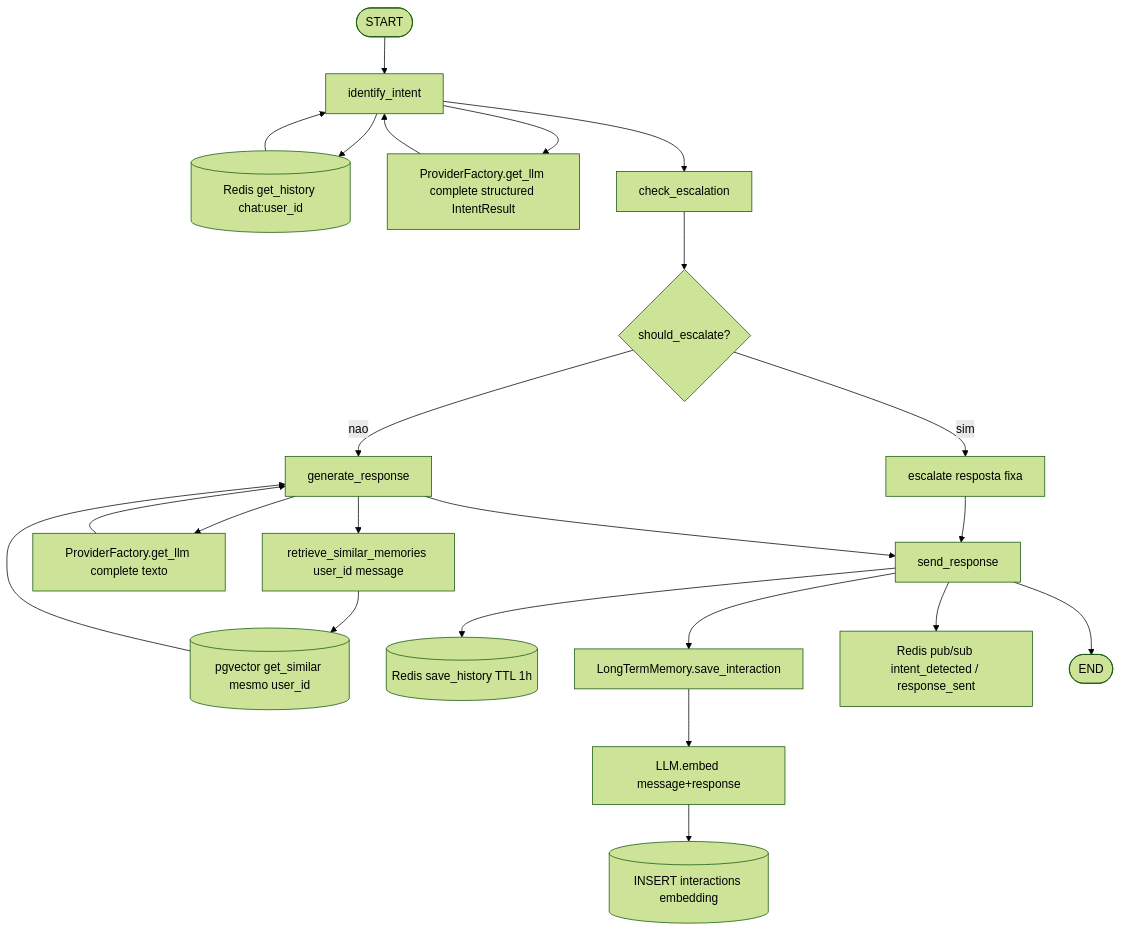
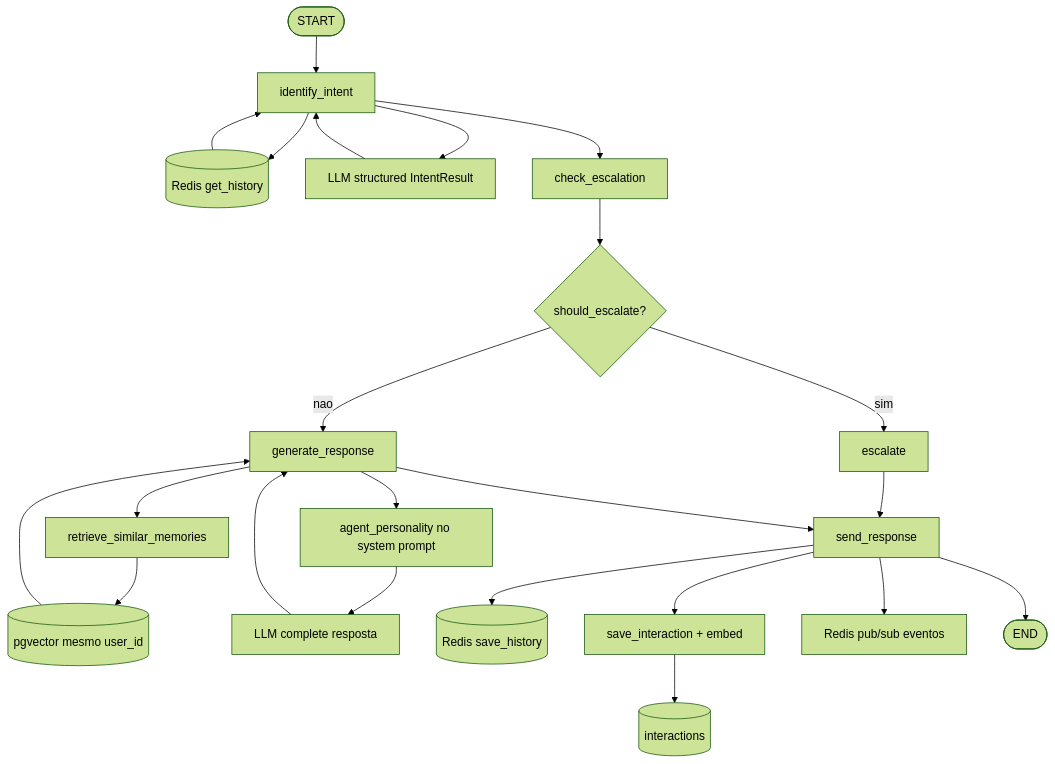
One commit to ersjunior/autonomous-agent changed the third of 5 diagrams in README.md. Above: the diagram before and after it, drawn with Mermaid (forest theme). The commit also changed other lines of this file and 52 other files, not shown here.

````diff
--- a/README.md
+++ b/README.md
@@ -154,32 +270,32 @@
 ```mermaid
 flowchart TD
   START([START]) --> RI[identify_intent]
 
-  RI --> REDIS_R[(Redis get_history chat:user_id)]
+  RI --> REDIS_R[(Redis get_history)]
   REDIS_R --> RI
-  RI --> LLM1[ProviderFactory.get_llm complete structured IntentResult]
+  RI --> LLM1[LLM structured IntentResult]
   LLM1 --> RI
 
   RI --> CE[check_escalation]
   CE --> DEC{should_escalate?}
 
-  DEC -->|sim| ESC[escalate resposta fixa]
+  DEC -->|sim| ESC[escalate]
   DEC -->|nao| GR[generate_response]
 
-  GR --> RAG[retrieve_similar_memories user_id message]
-  RAG --> PG_R[(pgvector get_similar mesmo user_id)]
+  GR --> RAG[retrieve_similar_memories]
+  RAG --> PG_R[(pgvector mesmo user_id)]
   PG_R --> GR
-  GR --> LLM2[ProviderFactory.get_llm complete texto]
+  GR --> PERS[agent_personality no system prompt]
+  PERS --> LLM2[LLM complete resposta]
   LLM2 --> GR
 
   ESC --> SR[send_response]
   GR --> SR
 
-  SR --> REDIS_W[(Redis save_history TTL 1h)]
-  SR --> LT[LongTermMemory.save_interaction]
-  LT --> EMB[LLM.embed message+response]
-  EMB --> PG[(INSERT interactions embedding)]
+  SR --> REDIS_W[(Redis save_history)]
+  SR --> LT[save_interaction + embed]
+  LT --> PG[(interactions)]
 
-  SR --> EVT[Redis pub/sub intent_detected / response_sent]
+  SR --> EVT[Redis pub/sub eventos]
   SR --> END([END])
 ```
````
